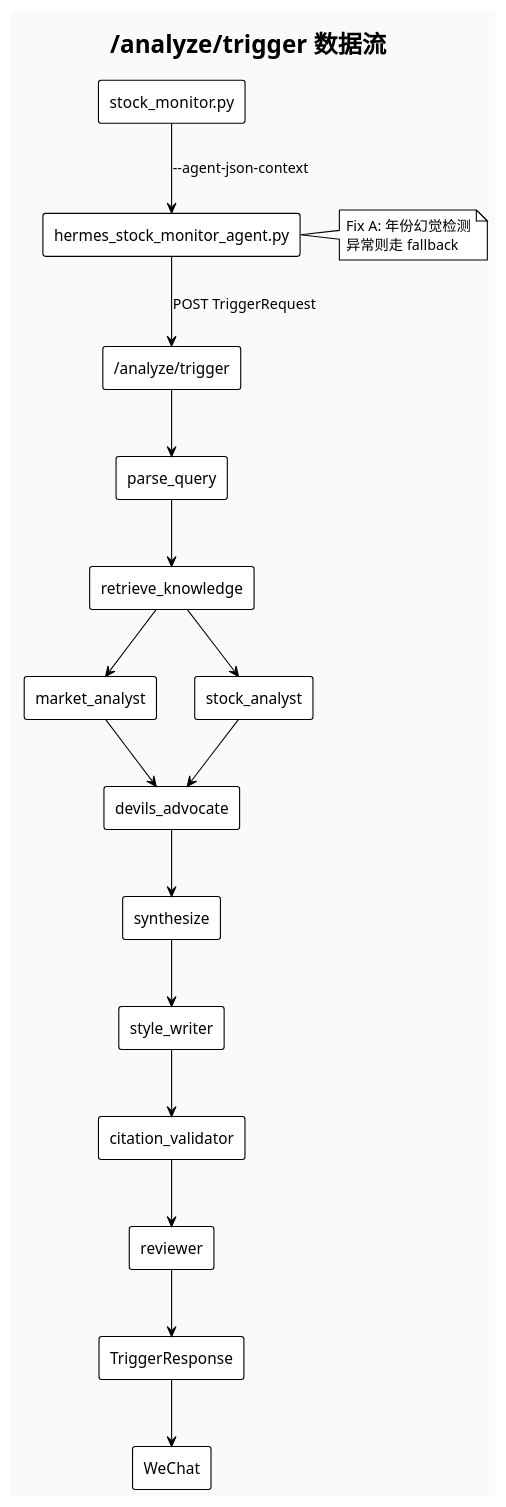
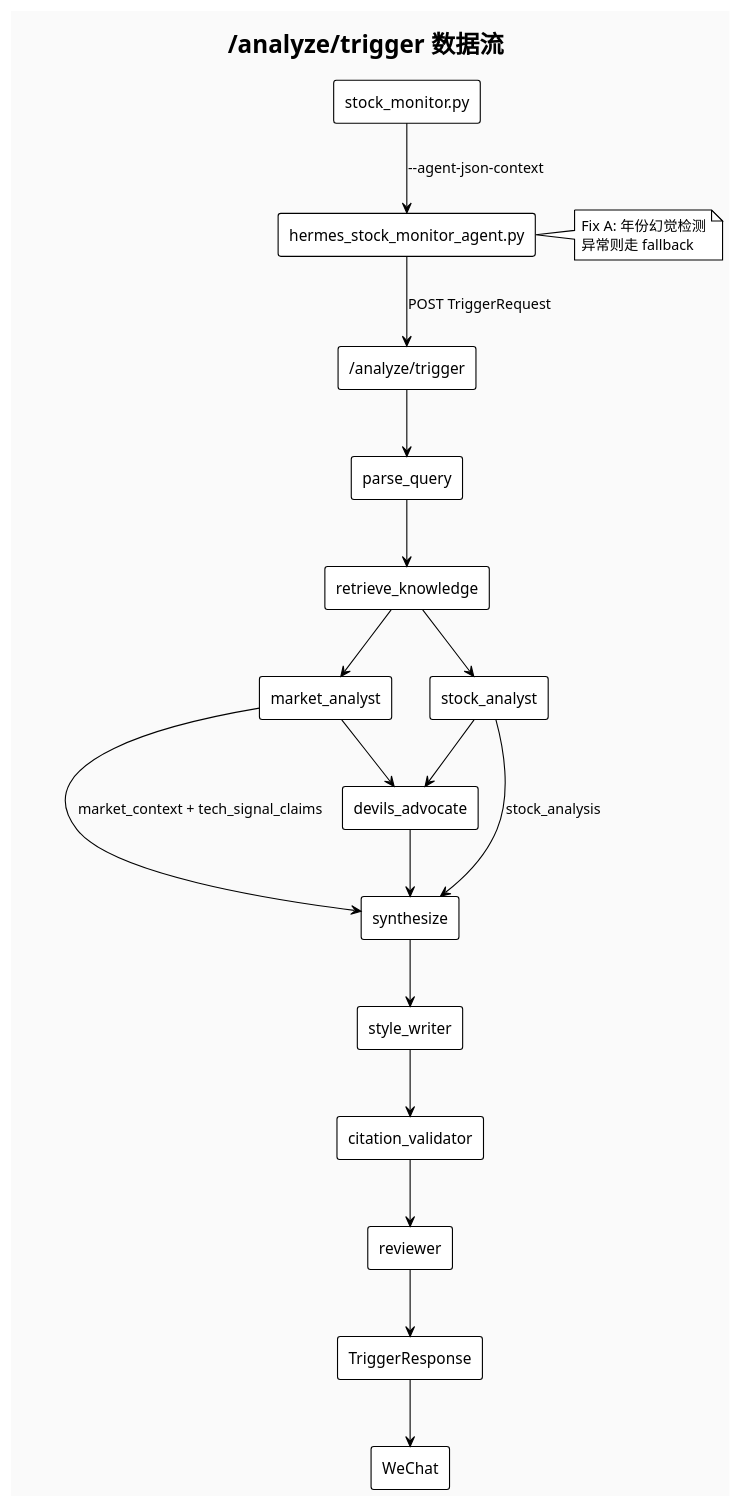
The ninth of 11 diagrams in src/qing_investment/ARCHITECTURE.md (zhoudirac-C/learning-investment-strategies), drawn with PlantUML before and after one commit. The commit also changed other lines of this file and 23 other files, not shown here.

````diff
--- a/src/qing_investment/ARCHITECTURE.md
+++ b/src/qing_investment/ARCHITECTURE.md
@@ -678,30 +700,32 @@
 ```plantuml
 @startuml
 !theme plain
 skinparam backgroundColor #FAFAFA
 skinparam componentStyle rectangle
 
 title /analyze/trigger 数据流
 
 [stock_monitor.py] --> [hermes_stock_monitor_agent.py] : --agent-json-context
 [hermes_stock_monitor_agent.py] --> [/analyze/trigger] : POST TriggerRequest
 [/analyze/trigger] --> [parse_query]
 [parse_query] --> [retrieve_knowledge]
 [retrieve_knowledge] --> [market_analyst]
 [retrieve_knowledge] --> [stock_analyst]
 [market_analyst] --> [devils_advocate]
 [stock_analyst] --> [devils_advocate]
+[market_analyst] --> [synthesize] : market_context + tech_signal_claims
+[stock_analyst] --> [synthesize] : stock_analysis
 [devils_advocate] --> [synthesize]
 [synthesize] --> [style_writer]
 [style_writer] --> [citation_validator]
 [citation_validator] --> [reviewer]
 [reviewer] --> [TriggerResponse]
 [TriggerResponse] --> [WeChat]
 
 note right of [hermes_stock_monitor_agent.py]
   Fix A: 年份幻觉检测
   异常则走 fallback
 end note
 
 @enduml
 ```
````
